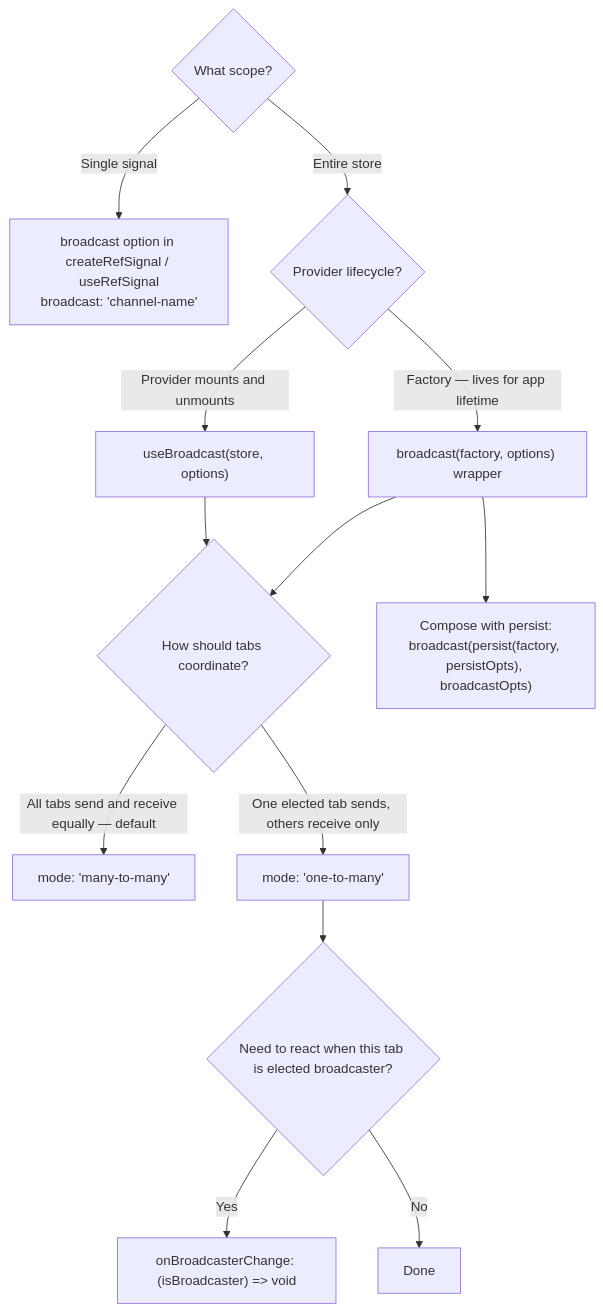
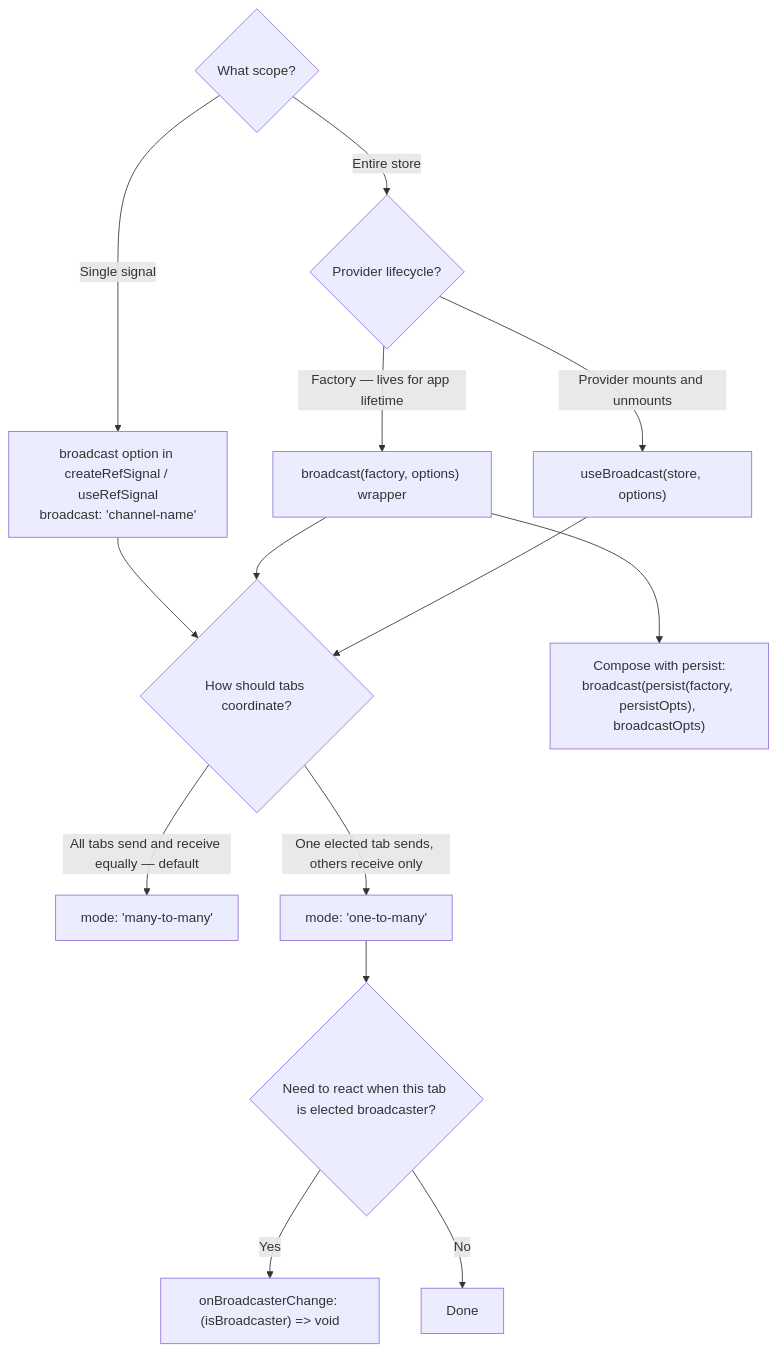
The ninth of 9 diagrams in docs/decision-tree.md (jav974/react-refsignal), drawn with Mermaid before and after one commit. The commit also changed other lines of this file and 6 other files, not shown here.

````diff
--- a/docs/decision-tree.md
+++ b/docs/decision-tree.md
@@ -183,20 +189,20 @@
 ```mermaid
 flowchart TD
     Q1{"What scope?"}
 
     Q1 -->|Single signal| A["broadcast option in createRefSignal / useRefSignal\nbroadcast: 'channel-name'"]
     Q1 -->|Entire store| Q2{"Provider lifecycle?"}
 
     Q2 -->|"Factory — lives for app lifetime"| B["broadcast(factory, options) wrapper"]
     Q2 -->|Provider mounts and unmounts| C["useBroadcast(store, options)"]
 
-    B & C --> Q3{"How should tabs coordinate?"}
+    A & B & C --> Q3{"How should tabs coordinate?"}
     Q3 -->|"All tabs send and receive equally — default"| D["mode: 'many-to-many'"]
     Q3 -->|"One elected tab sends, others receive only"| E["mode: 'one-to-many'"]
 
     E --> Q4{"Need to react when this tab is elected broadcaster?"}
     Q4 -->|Yes| F["onBroadcasterChange: (isBroadcaster) => void"]
     Q4 -->|No| G[Done]
 
     B --> H["Compose with persist:\nbroadcast(persist(factory, persistOpts), broadcastOpts)"]
 ```
````
